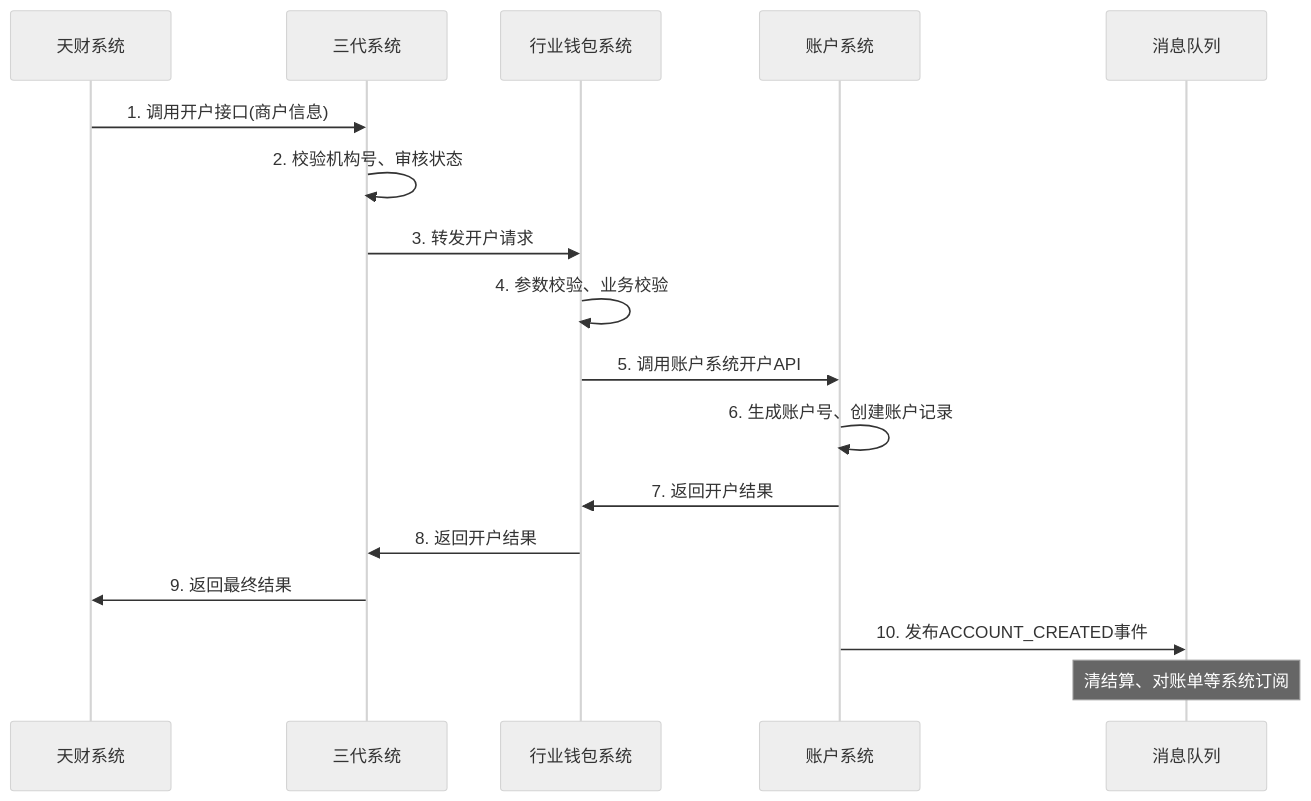
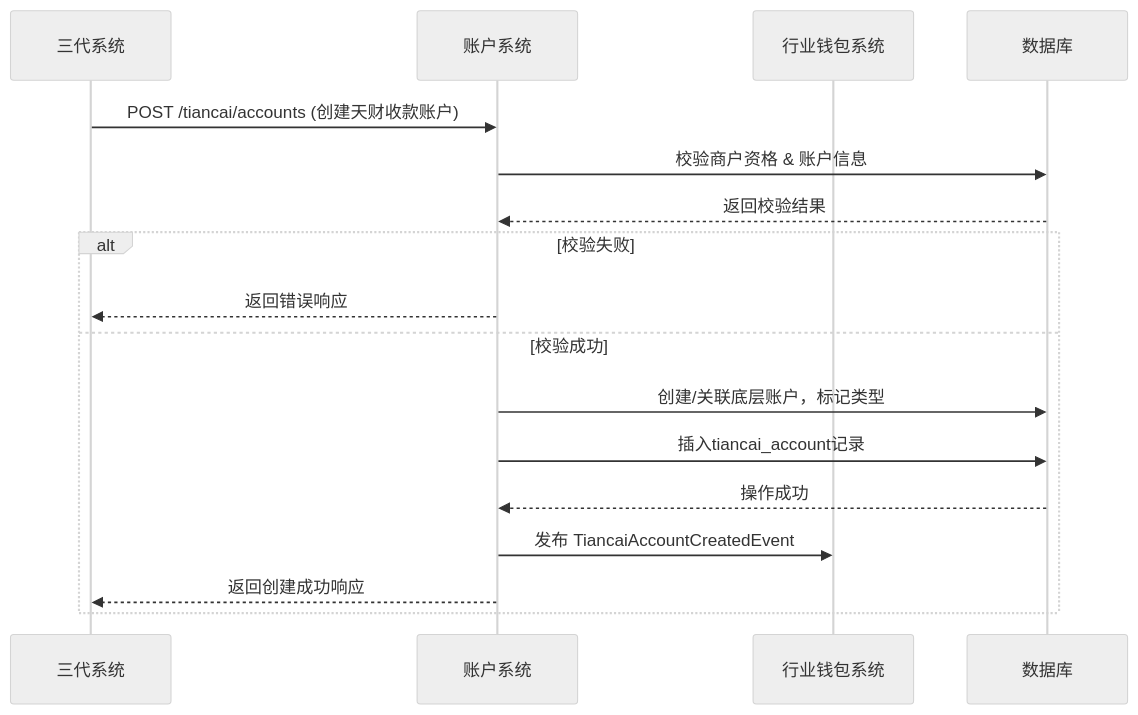
Before and after one commit to youzi211/AiCoding: the first of 2 diagrams in data/天财分账需求/gpt-5.2/workspace/02_modules/module_账户系统.md, drawn with Mermaid (neutral theme). The commit also changed other lines of this file and 29 other files, not shown here.

````diff
--- a/data/天财分账需求/gpt-5.2/workspace/02_modules/module_账户系统.md
+++ b/data/天财分账需求/gpt-5.2/workspace/02_modules/module_账户系统.md
@@ -420,21 +231,20 @@
 ```mermaid
 sequenceDiagram
-    participant T as 天财系统
-    participant G3 as 三代系统
+    participant C as 三代系统
+    participant A as 账户系统
     participant W as 行业钱包系统
-    participant A as 账户系统
-    participant MQ as 消息队列
-    
-    T->>G3: 1. 调用开户接口(商户信息)
-    G3->>G3: 2. 校验机构号、审核状态
-    G3->>W: 3. 转发开户请求
-    W->>W: 4. 参数校验、业务校验
-    W->>A: 5. 调用账户系统开户API
-    A->>A: 6. 生成账户号、创建账户记录
-    A->>W: 7. 返回开户结果
-    W->>G3: 8. 返回开户结果
-    G3->>T: 9. 返回最终结果
-    
-    A->>MQ: 10. 发布ACCOUNT_CREATED事件
-    Note over MQ: 清结算、对账单等系统订阅
+    participant DB as 数据库
+
+    C->>A: POST /tiancai/accounts (创建天财收款账户)
+    A->>DB: 校验商户资格 & 账户信息
+    DB-->>A: 返回校验结果
+    alt 校验失败
+        A-->>C: 返回错误响应
+    else 校验成功
+        A->>DB: 创建/关联底层账户，标记类型
+        A->>DB: 插入tiancai_account记录
+        DB-->>A: 操作成功
+        A->>W: 发布 TiancaiAccountCreatedEvent
+        A-->>C: 返回创建成功响应
+    end
 ```
````
